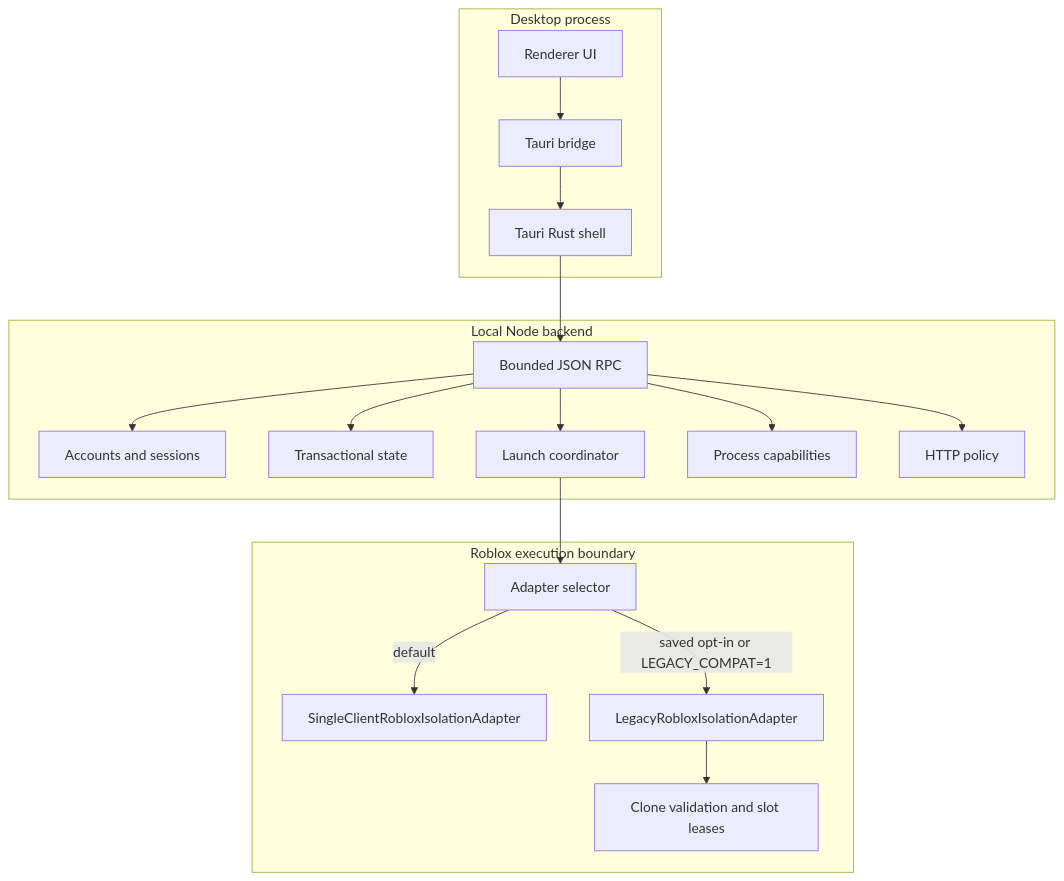
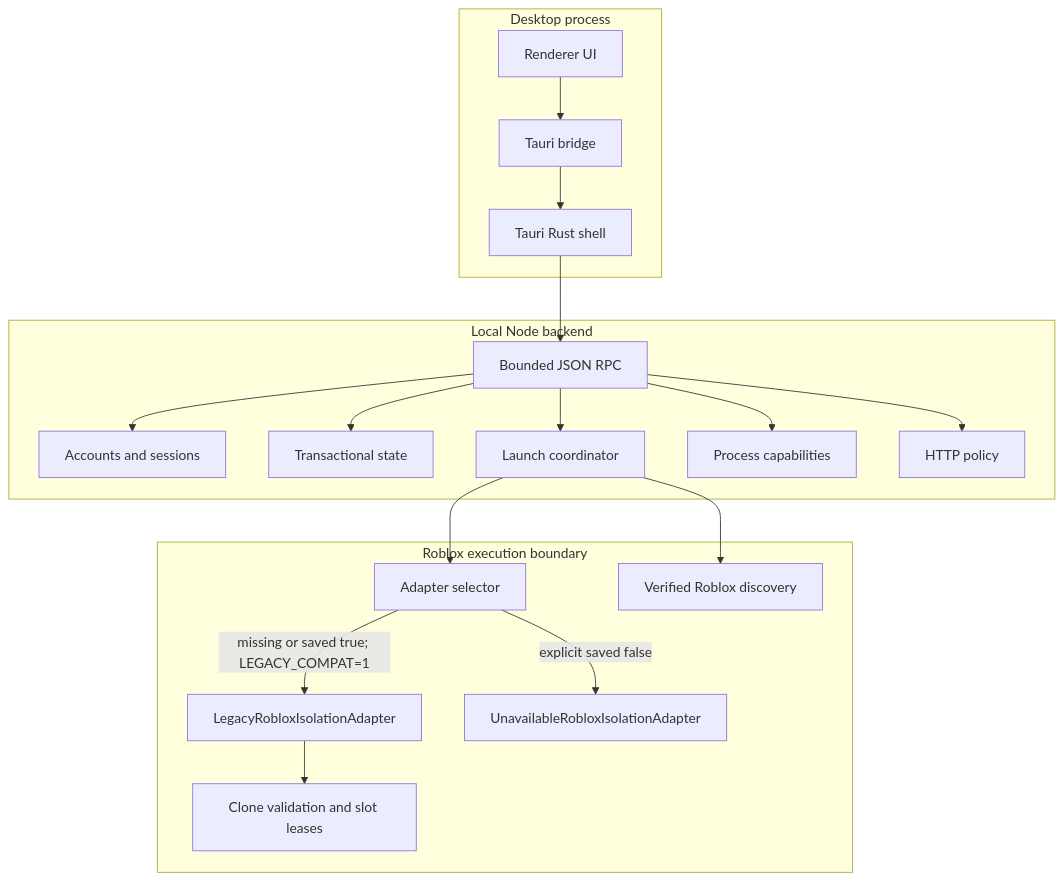
One commit to SadinKai/SUNDAY changed the diagram in docs/developer/architecture.md. Above: the diagram before and after it, drawn with Mermaid. The commit also changed other lines of this file and 53 other files, not shown here.

````diff
--- a/docs/developer/architecture.md
+++ b/docs/developer/architecture.md
@@ -7,35 +7,37 @@
 ```mermaid
 flowchart TB
     subgraph Desktop[Desktop process]
       Renderer[Renderer UI]
       Bridge[Tauri bridge]
       Rust[Tauri Rust shell]
     end
 
     subgraph Backend[Local Node backend]
       RPC[Bounded JSON RPC]
       Accounts[Accounts and sessions]
       State[Transactional state]
       Coordinator[Launch coordinator]
       Capabilities[Process capabilities]
       Network[HTTP policy]
     end
 
     subgraph Isolation[Roblox execution boundary]
       Selector[Adapter selector]
-      Single[SingleClientRobloxIsolationAdapter]
       Legacy[LegacyRobloxIsolationAdapter]
+      Unavailable[UnavailableRobloxIsolationAdapter]
+      Discovery[Verified Roblox discovery]
       Slots[Clone validation and slot leases]
     end
 
     Renderer --> Bridge --> Rust --> RPC
     RPC --> Accounts
     RPC --> State
     RPC --> Coordinator
     RPC --> Capabilities
     RPC --> Network
     Coordinator --> Selector
-    Selector -->|default| Single
-    Selector -->|saved opt-in or LEGACY_COMPAT=1| Legacy
+    Selector -->|missing or saved true; LEGACY_COMPAT=1| Legacy
+    Selector -->|explicit saved false| Unavailable
+    Coordinator --> Discovery
     Legacy --> Slots
 ```
````
